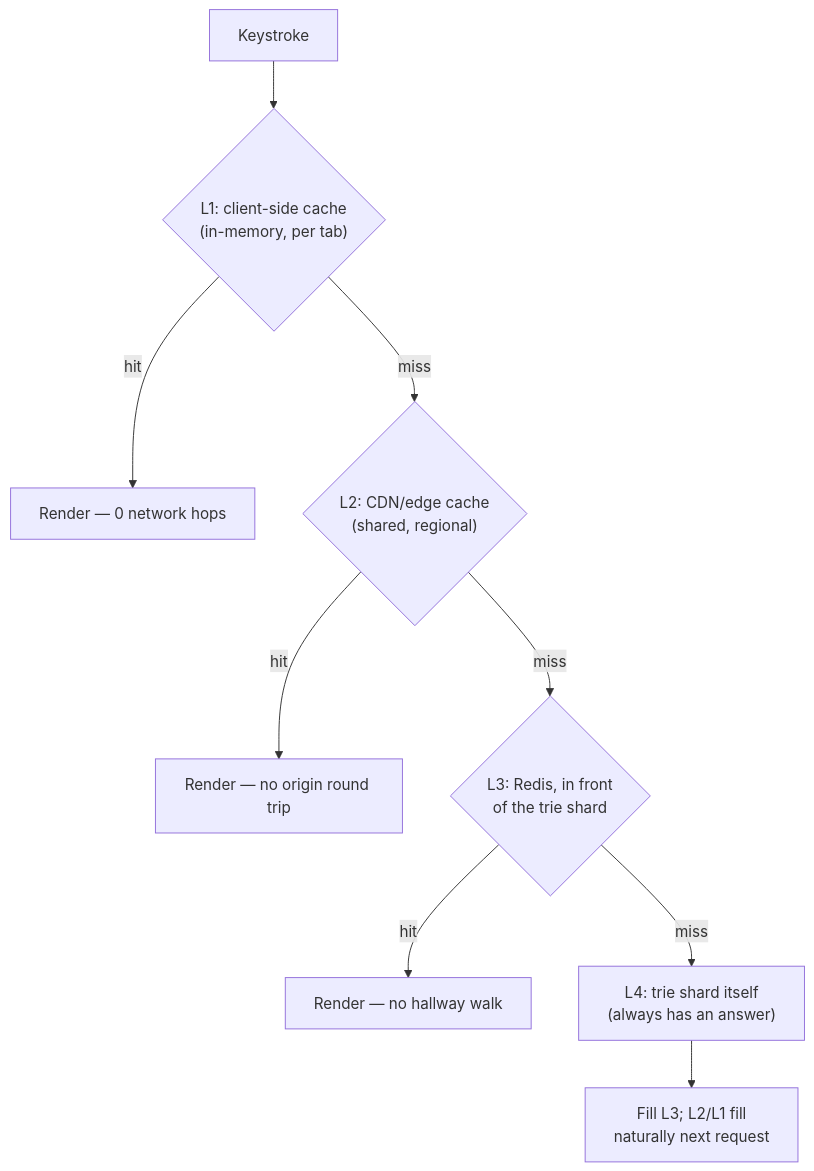
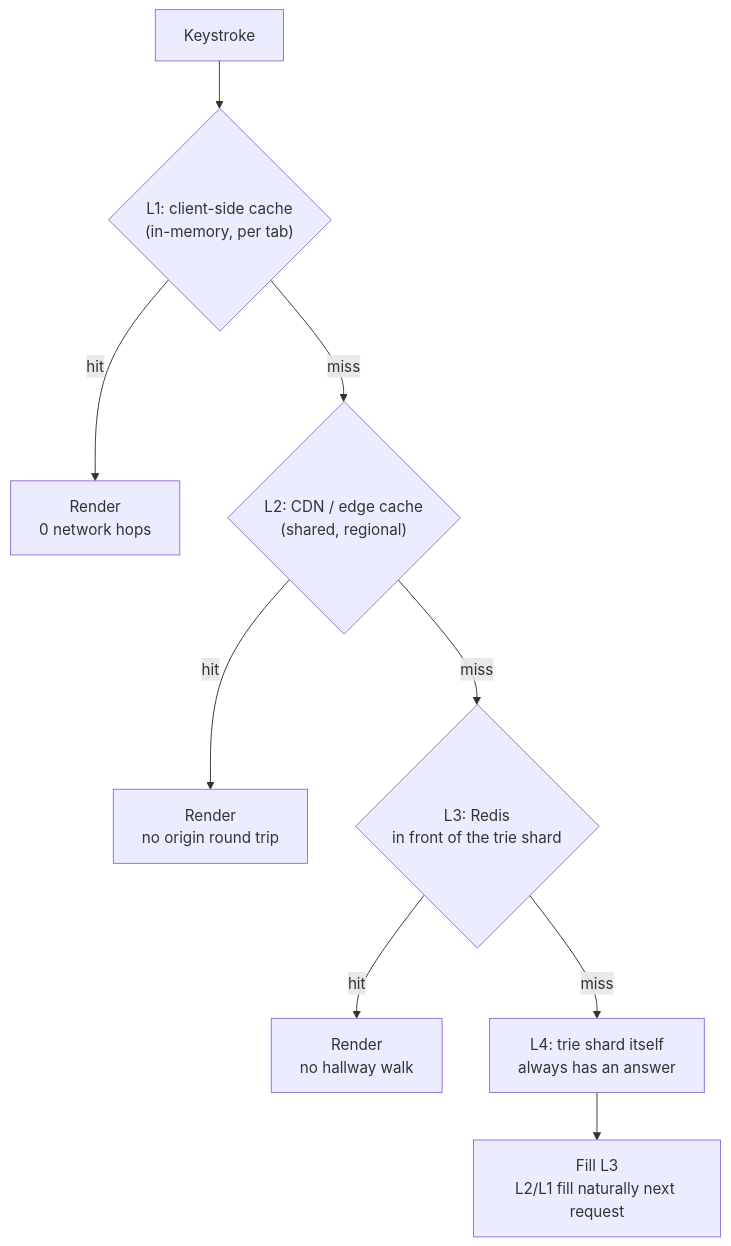
Diagram 11 of 16 in system-design/HLD/0-course/37-Typeahead-Suggestion-FAANG-Guide-story.md (riyaz-pasha/Learnings), drawn with Mermaid before and after one commit. The commit also changed other lines of this file and 1 other file, not shown here.

Commit message:
[REWRITE] Typeahead Suggestion story guide: simplify prose, add structure, fix diagrams

````diff
--- a/system-design/HLD/0-course/37-Typeahead-Suggestion-FAANG-Guide-story.md
+++ b/system-design/HLD/0-course/37-Typeahead-Suggestion-FAANG-Guide-story.md
@@ -246,11 +496,11 @@
 ```mermaid
 flowchart TD
-    A["Keystroke"] --> L1{"L1: client-side cache\n(in-memory, per tab)"}
-    L1 -->|hit| R1["Render — 0 network hops"]
-    L1 -->|miss| L2{"L2: CDN/edge cache\n(shared, regional)"}
-    L2 -->|hit| R2["Render — no origin round trip"]
-    L2 -->|miss| L3{"L3: Redis, in front\nof the trie shard"}
-    L3 -->|hit| R3["Render — no hallway walk"]
-    L3 -->|miss| L4["L4: trie shard itself\n(always has an answer)"]
-    L4 --> Fill["Fill L3; L2/L1 fill\nnaturally next request"]
+    A["Keystroke"] --> L1{"L1: client-side cache<br/>(in-memory, per tab)"}
+    L1 -->|hit| R1["Render<br/>0 network hops"]
+    L1 -->|miss| L2{"L2: CDN / edge cache<br/>(shared, regional)"}
+    L2 -->|hit| R2["Render<br/>no origin round trip"]
+    L2 -->|miss| L3{"L3: Redis<br/>in front of the trie shard"}
+    L3 -->|hit| R3["Render<br/>no hallway walk"]
+    L3 -->|miss| L4["L4: trie shard itself<br/>always has an answer"]
+    L4 --> Fill["Fill L3<br/>L2/L1 fill naturally next request"]
 ```
````
